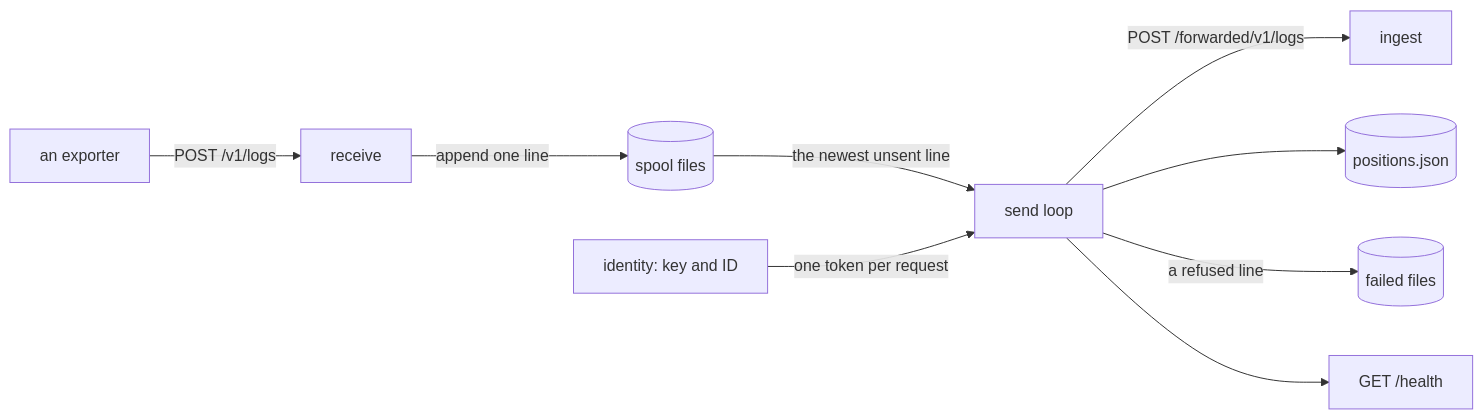
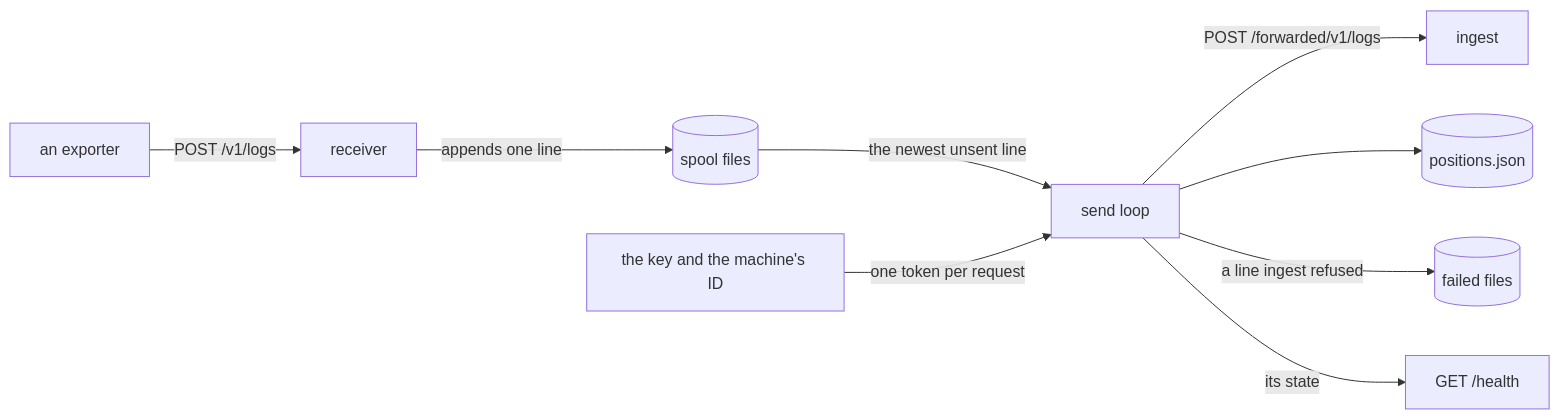
The diagram in docs/design/telemetry-forwarder/forwarder.md (zgeoff/pepys), drawn with Mermaid before and after one commit. The commit also changed other lines of this file and 2 other files, not shown here.

````diff
--- a/docs/design/telemetry-forwarder/forwarder.md
+++ b/docs/design/telemetry-forwarder/forwarder.md
@@ -12,11 +13,11 @@
 ```mermaid
 flowchart LR
-  exporter["an exporter"] -->|"POST /v1/logs"| receive
-  receive -->|"append one line"| spool[("spool files")]
+  exporter["an exporter"] -->|"POST /v1/logs"| receiver
+  receiver -->|"appends one line"| spool[("spool files")]
   spool -->|"the newest unsent line"| send["send loop"]
-  identity["identity: key and ID"] -->|"one token per request"| send
+  identity["the key and the machine's ID"] -->|"one token per request"| send
   send -->|"POST /forwarded/v1/logs"| ingest
   send --> positions[("positions.json")]
-  send -->|"a refused line"| failed[("failed files")]
-  send --> health["GET /health"]
+  send -->|"a line ingest refused"| failed[("failed files")]
+  send -->|"its state"| health["GET /health"]
 ```
````
